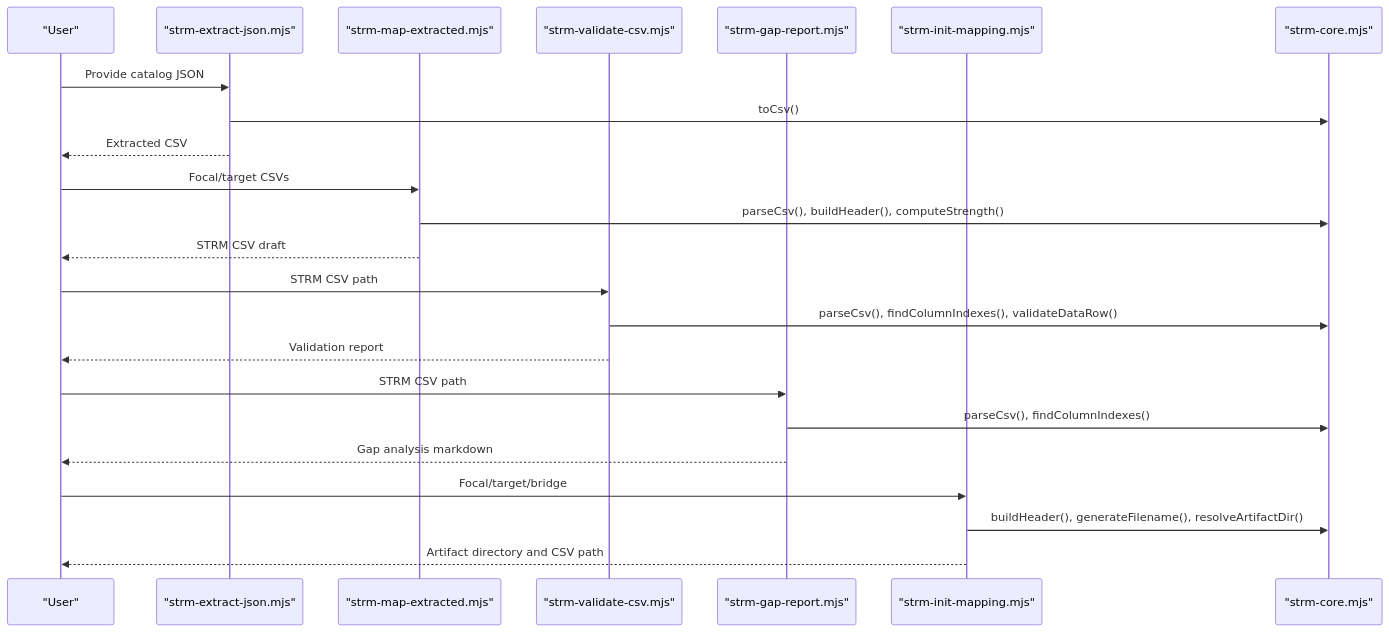
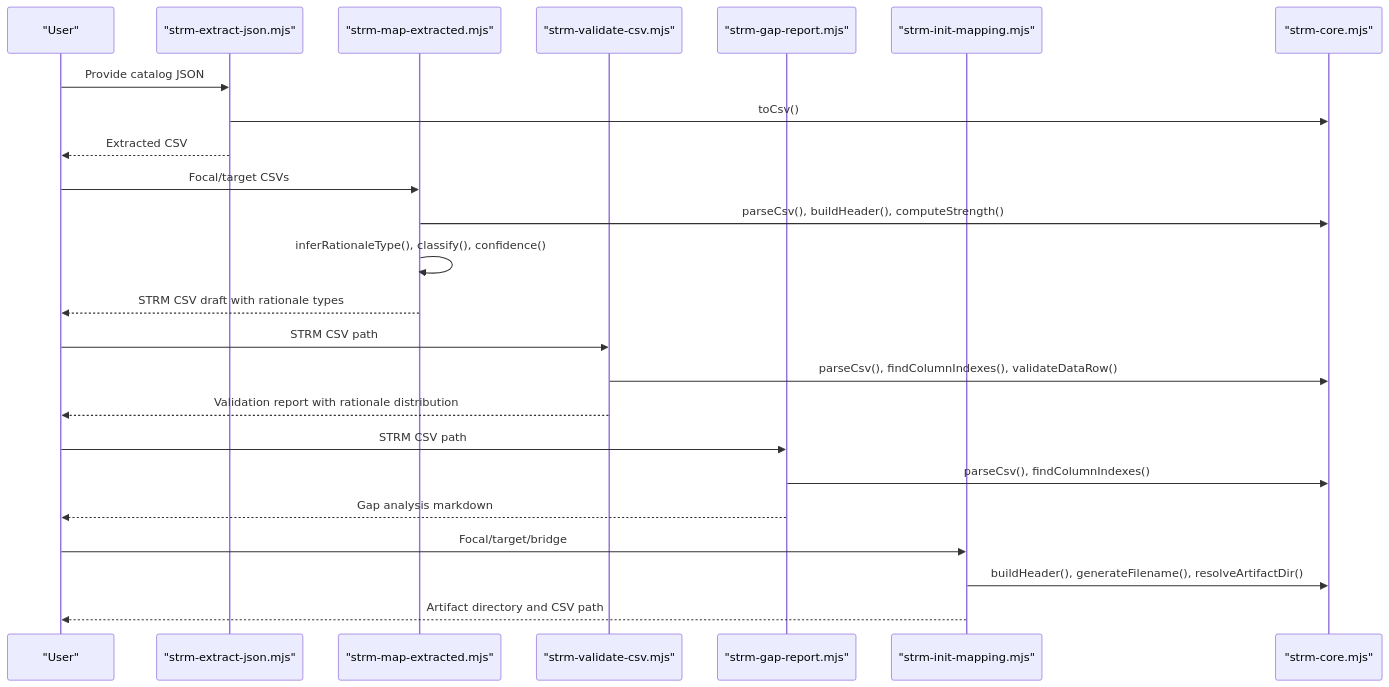
One commit to austinsonger/GRC-Mapping-Analyst changed the second of 8 diagrams in .qoder/repowiki/en/content/Core Processing Engine and Algorithms/Core Processing Engine and Algorithms.md. Above: the diagram before and after it, drawn with Mermaid. The commit also changed other lines of this file and 4 other files, not shown here.

````diff
--- a/.qoder/repowiki/en/content/Core Processing Engine and Algorithms/Core Processing Engine and Algorithms.md
+++ b/.qoder/repowiki/en/content/Core Processing Engine and Algorithms/Core Processing Engine and Algorithms.md
@@ -127,25 +140,26 @@
 ```mermaid
 sequenceDiagram
 participant User as "User"
 participant Extract as "strm-extract-json.mjs"
 participant Map as "strm-map-extracted.mjs"
 participant Validate as "strm-validate-csv.mjs"
 participant Gap as "strm-gap-report.mjs"
 participant Init as "strm-init-mapping.mjs"
 participant Core as "strm-core.mjs"
 User->>Extract : Provide catalog JSON
 Extract->>Core : toCsv()
 Extract-->>User : Extracted CSV
 User->>Map : Focal/target CSVs
 Map->>Core : parseCsv(), buildHeader(), computeStrength()
-Map-->>User : STRM CSV draft
+Map->>Map : inferRationaleType(), classify(), confidence()
+Map-->>User : STRM CSV draft with rationale types
 User->>Validate : STRM CSV path
 Validate->>Core : parseCsv(), findColumnIndexes(), validateDataRow()
-Validate-->>User : Validation report
+Validate-->>User : Validation report with rationale distribution
 User->>Gap : STRM CSV path
 Gap->>Core : parseCsv(), findColumnIndexes()
 Gap-->>User : Gap analysis markdown
 User->>Init : Focal/target/bridge
 Init->>Core : buildHeader(), generateFilename(), resolveArtifactDir()
 Init-->>User : Artifact directory and CSV path
 ```
````
